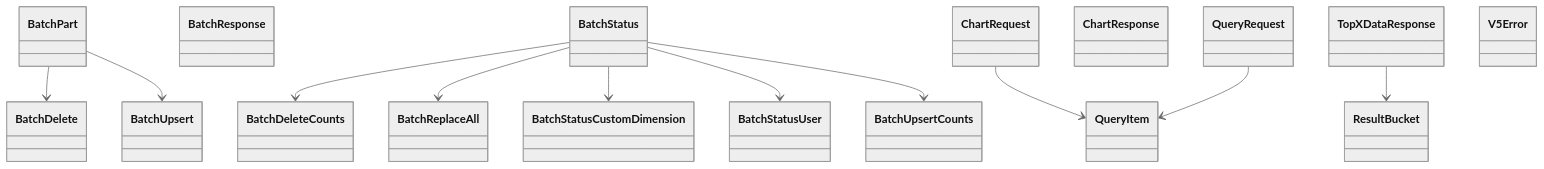
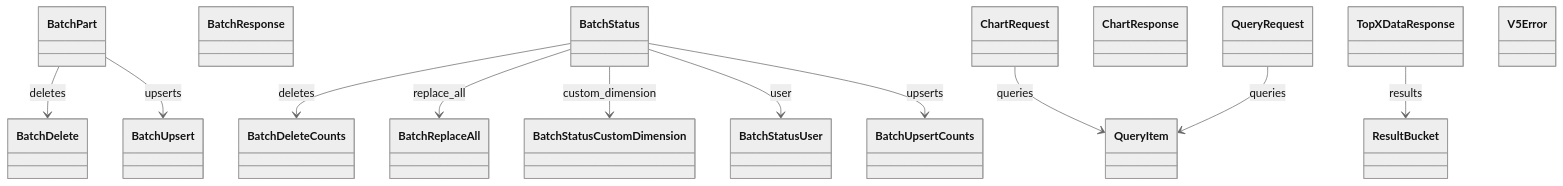
One commit to alexdearaujo/community_sdk_python changed the eighth of 8 diagrams in docs/sphinx/services/v5.md. Above: the diagram before and after it, drawn with Mermaid (neutral theme). The commit also changed other lines of this file and 129 other files, not shown here.

````diff
--- a/docs/sphinx/services/v5.md
+++ b/docs/sphinx/services/v5.md
@@ -420,30 +433,30 @@
 ```mermaid
 classDiagram
     class BatchDelete
     class BatchDeleteCounts
     class BatchPart
     class BatchReplaceAll
     class BatchResponse
     class BatchStatus
     class BatchStatusCustomDimension
     class BatchStatusUser
     class BatchUpsert
     class BatchUpsertCounts
     class ChartRequest
     class ChartResponse
     class QueryItem
     class QueryRequest
     class ResultBucket
     class TopXDataResponse
     class V5Error
-    BatchPart --> BatchDelete
-    BatchPart --> BatchUpsert
-    BatchStatus --> BatchDeleteCounts
-    BatchStatus --> BatchReplaceAll
-    BatchStatus --> BatchStatusCustomDimension
-    BatchStatus --> BatchStatusUser
-    BatchStatus --> BatchUpsertCounts
-    ChartRequest --> QueryItem
-    QueryRequest --> QueryItem
-    TopXDataResponse --> ResultBucket
+    BatchPart --> BatchDelete : deletes
+    BatchPart --> BatchUpsert : upserts
+    BatchStatus --> BatchDeleteCounts : deletes
+    BatchStatus --> BatchReplaceAll : replace_all
+    BatchStatus --> BatchStatusCustomDimension : custom_dimension
+    BatchStatus --> BatchStatusUser : user
+    BatchStatus --> BatchUpsertCounts : upserts
+    ChartRequest --> QueryItem : queries
+    QueryRequest --> QueryItem : queries
+    TopXDataResponse --> ResultBucket : results
 ```
````
